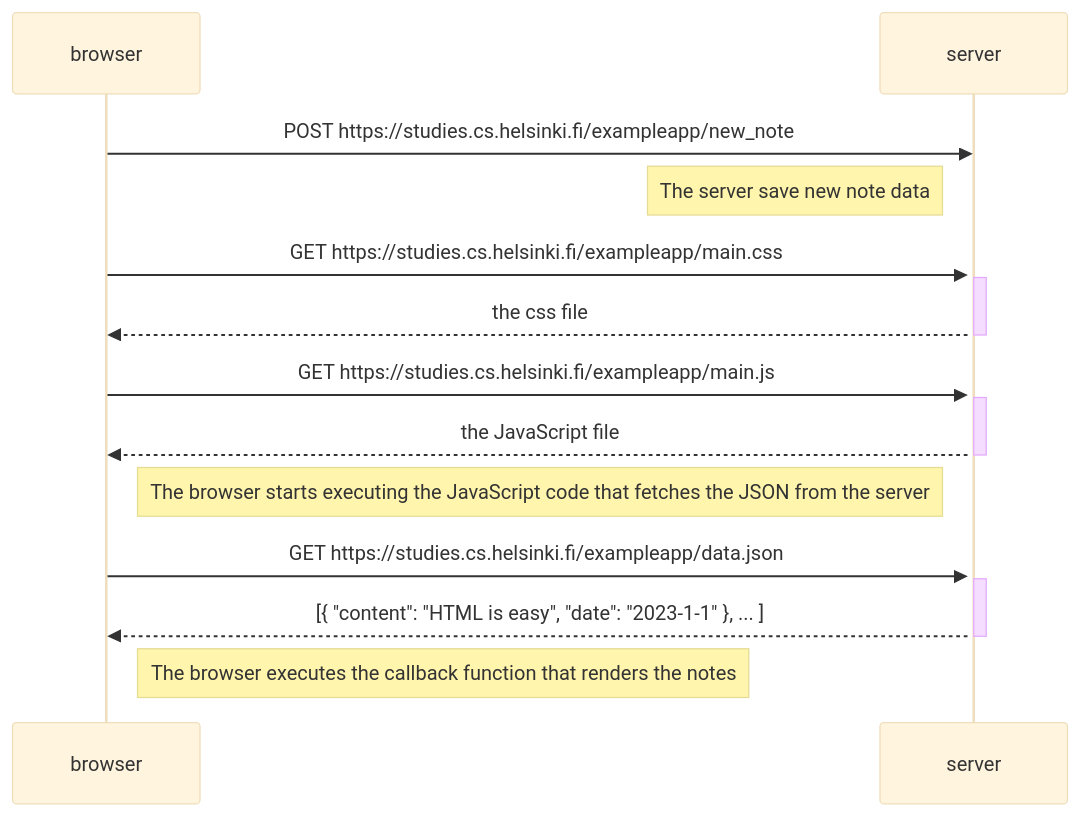
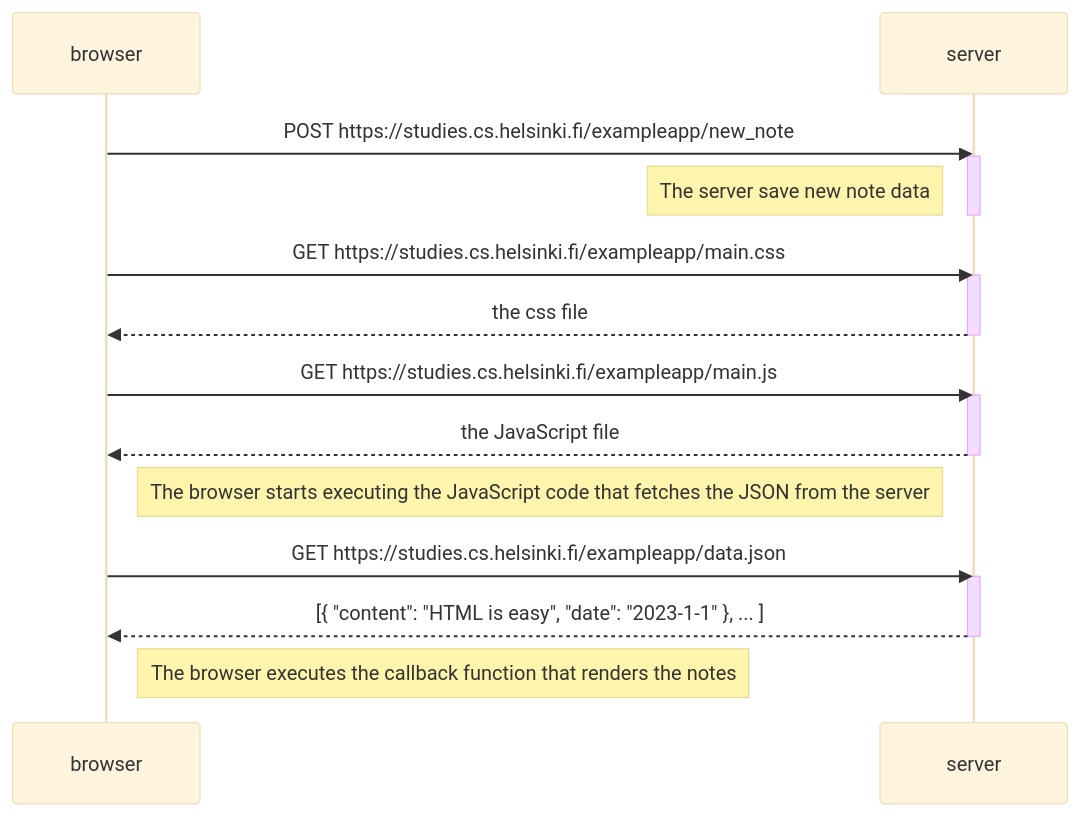
One commit to kevintannn/fs-open-submission changed the diagram in part0/0.4_new_note_diagram.mermaid. Above: the diagram before and after it, drawn with Mermaid (base theme).

```diff
--- a/part0/0.4_new_note_diagram.mermaid
+++ b/part0/0.4_new_note_diagram.mermaid
@@ -1,26 +1,27 @@
 sequenceDiagram
     participant browser
     participant server
 
     browser->>server: POST https://studies.cs.helsinki.fi/exampleapp/new_note
     activate server
     Note left of server: The server save new note data
+    deactivate server
 
     browser->>server: GET https://studies.cs.helsinki.fi/exampleapp/main.css
     activate server
     server-->>browser: the css file
     deactivate server
 
     browser->>server: GET https://studies.cs.helsinki.fi/exampleapp/main.js
     activate server
     server-->>browser: the JavaScript file
     deactivate server
 
     Note right of browser: The browser starts executing the JavaScript code that fetches the JSON from the server
 
     browser->>server: GET https://studies.cs.helsinki.fi/exampleapp/data.json
     activate server
     server-->>browser: [{ "content": "HTML is easy", "date": "2023-1-1" }, ... ]
     deactivate server
 
     Note right of browser: The browser executes the callback function that renders the notes
```
